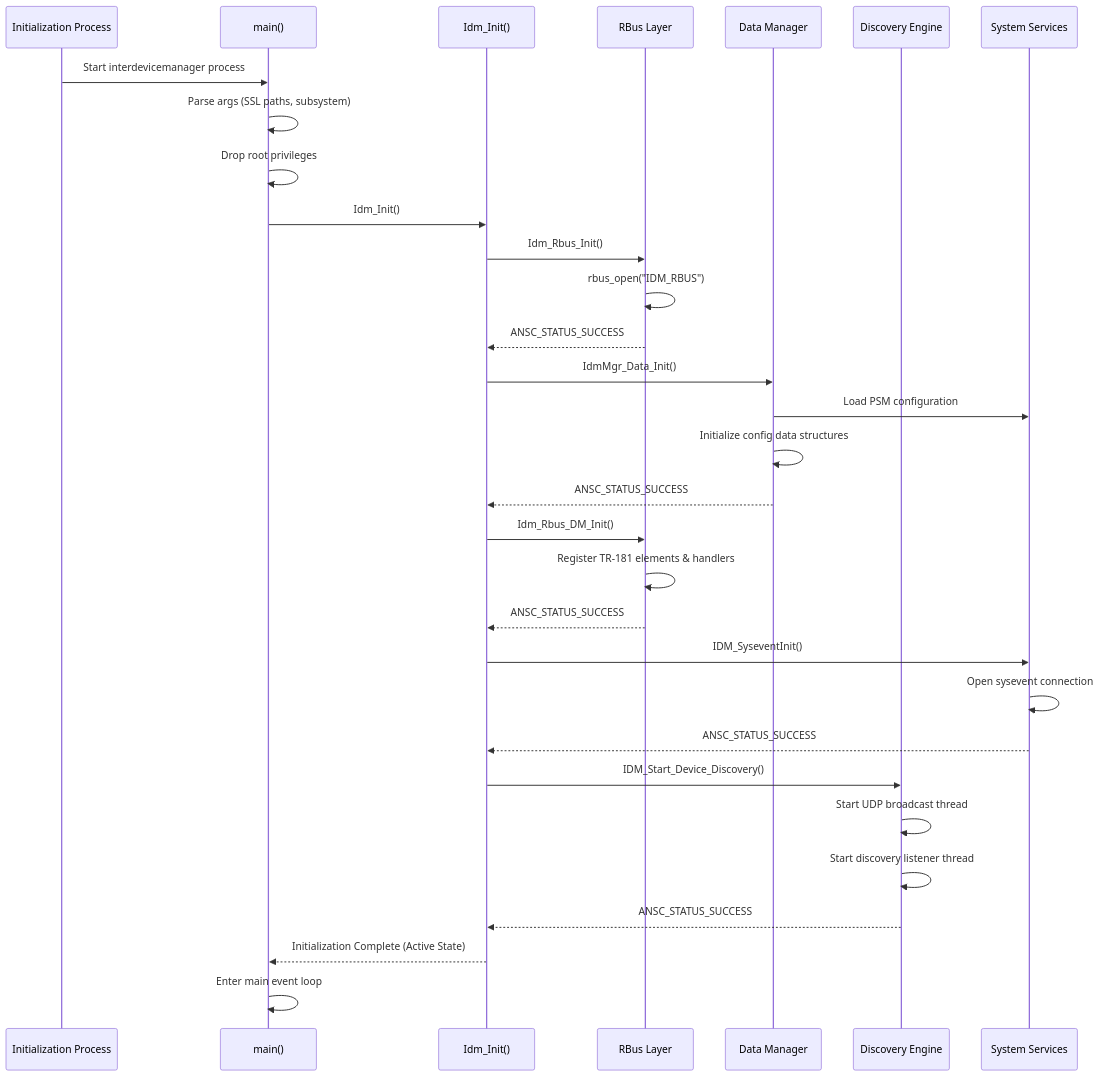
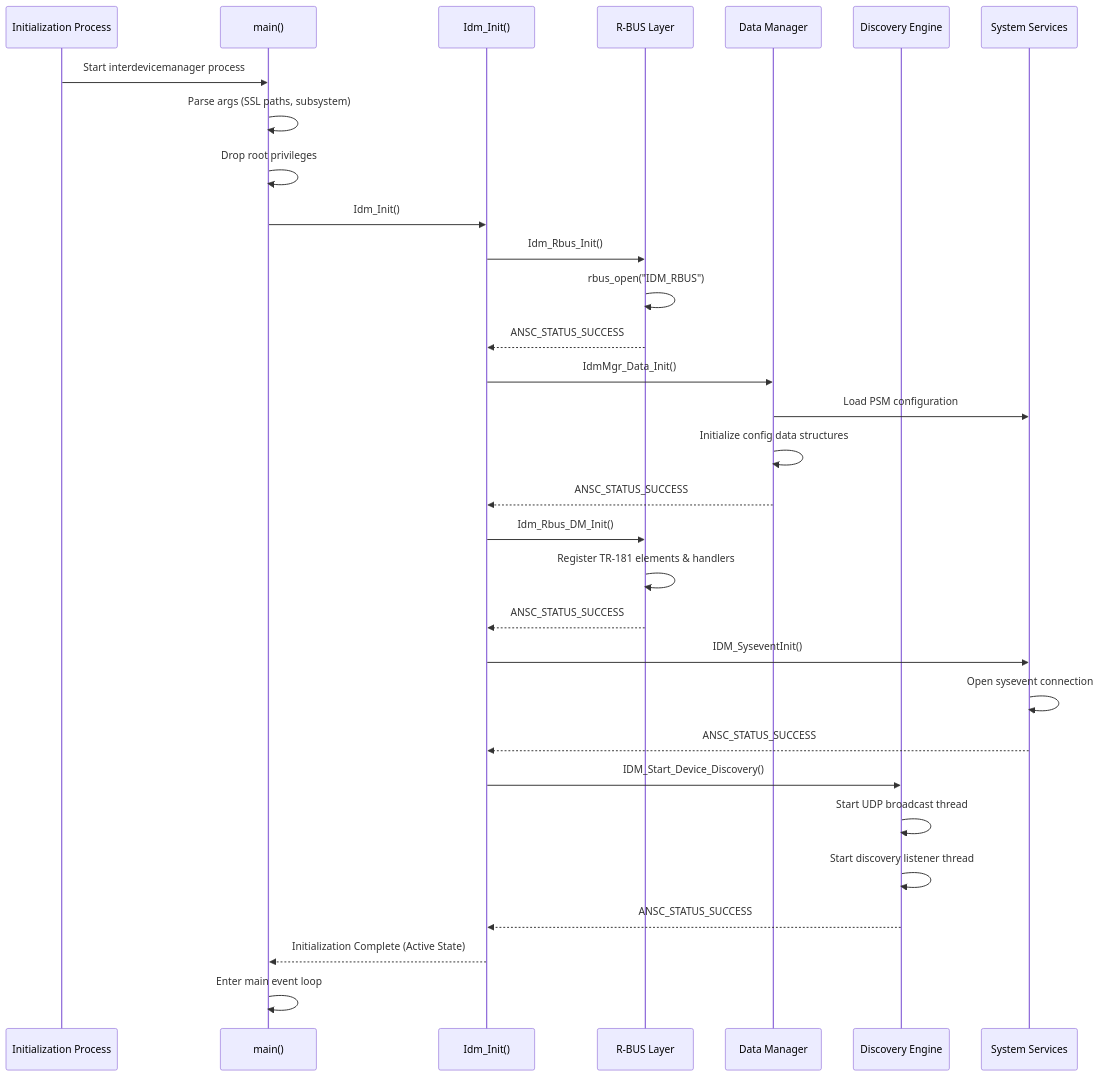
Before and after one commit to rdkcentral/RdkInterDeviceManager: the fourth of 9 diagrams in docs/README.md, drawn with Mermaid. The commit also changed other lines of this file, not shown here.

````diff
--- a/docs/README.md
+++ b/docs/README.md
@@ -257,34 +254,34 @@
 ```mermaid
 sequenceDiagram
     participant Init as Initialization Process
     participant Main as main()
     participant IdmInit as Idm_Init()
-    participant RBus as RBus Layer
+    participant RBus as R-BUS Layer
     participant Data as Data Manager
     participant Disc as Discovery Engine
     participant Sys as System Services
 
     Init->>Main: Start interdevicemanager process
     Main->>Main: Parse args (SSL paths, subsystem)
     Main->>Main: Drop root privileges
     Main->>IdmInit: Idm_Init()
     IdmInit->>RBus: Idm_Rbus_Init()
     RBus->>RBus: rbus_open("IDM_RBUS")
     RBus-->>IdmInit: ANSC_STATUS_SUCCESS
     IdmInit->>Data: IdmMgr_Data_Init()
     Data->>Sys: Load PSM configuration
     Data->>Data: Initialize config data structures
     Data-->>IdmInit: ANSC_STATUS_SUCCESS
     IdmInit->>RBus: Idm_Rbus_DM_Init()
     RBus->>RBus: Register TR-181 elements & handlers
     RBus-->>IdmInit: ANSC_STATUS_SUCCESS
     IdmInit->>Sys: IDM_SyseventInit()
     Sys->>Sys: Open sysevent connection
     Sys-->>IdmInit: ANSC_STATUS_SUCCESS
     IdmInit->>Disc: IDM_Start_Device_Discovery()
     Disc->>Disc: Start UDP broadcast thread
     Disc->>Disc: Start discovery listener thread
     Disc-->>IdmInit: ANSC_STATUS_SUCCESS
     IdmInit-->>Main: Initialization Complete (Active State)
     Main->>Main: Enter main event loop
 ```
````
